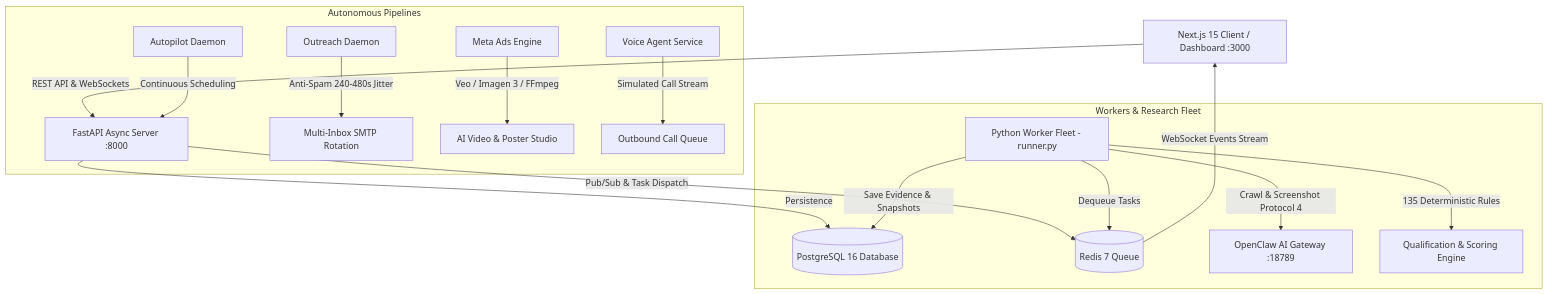
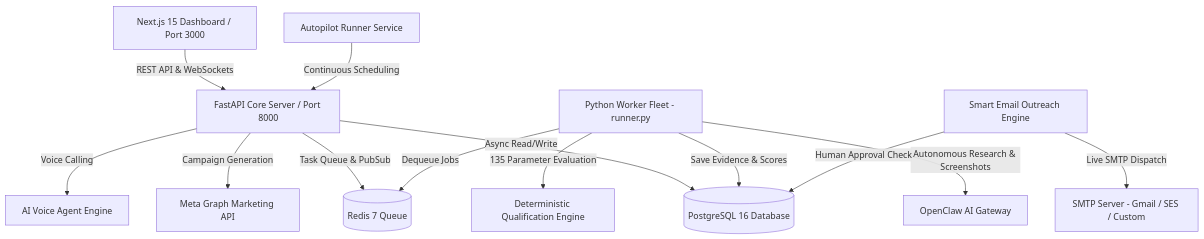
The diagram in README.md (JamilKhanEmon/multi-lead-gen), drawn with Mermaid before and after one commit. The commit also changed other lines of this file and 1 other file, not shown here.

````diff
--- a/README.md
+++ b/README.md
@@ -37,22 +32,18 @@
 ```mermaid
 graph TD
-    UI[Next.js 15 Client / Dashboard :3000] -->|REST API & WebSockets| API[FastAPI Async Server :8000]
-    API -->|Persistence| DB[(PostgreSQL 16 Database)]
-    API -->|Pub/Sub & Task Dispatch| Redis[(Redis 7 Queue)]
+    Client[Next.js 15 Dashboard / Port 3000] -->|REST API & WebSockets| API[FastAPI Core Server / Port 8000]
+    API -->|Async Read/Write| DB[(PostgreSQL 16 Database)]
+    API -->|Task Queue & PubSub| Redis[(Redis 7 Queue)]
     
-    subgraph Workers & Research Fleet
-        Worker[Python Worker Fleet - runner.py] -->|Dequeue Tasks| Redis
-        Worker -->|Crawl & Screenshot Protocol 4| OpenClaw[OpenClaw AI Gateway :18789]
-        Worker -->|135 Deterministic Rules| QualEngine[Qualification & Scoring Engine]
-        Worker -->|Save Evidence & Snapshots| DB
-    end
-
-    subgraph Autonomous Pipelines
-        Autopilot[Autopilot Daemon] -->|Continuous Scheduling| API
-        OutreachDaemon[Outreach Daemon] -->|Anti-Spam 240-480s Jitter| SMTP[Multi-Inbox SMTP Rotation]
-        MetaEngine[Meta Ads Engine] -->|Veo / Imagen 3 / FFmpeg| VideoStudio[AI Video & Poster Studio]
-        VoiceService[Voice Agent Service] -->|Simulated Call Stream| VoiceQueue[Outbound Call Queue]
-    end
-
-    Redis -->|WebSocket Events Stream| UI
+    WorkerFleet[Python Worker Fleet - runner.py] -->|Dequeue Jobs| Redis
+    WorkerFleet -->|Autonomous Research & Screenshots| OpenClaw[OpenClaw AI Gateway]
+    WorkerFleet -->|135 Parameter Evaluation| QualEngine[Deterministic Qualification Engine]
+    WorkerFleet -->|Save Evidence & Scores| DB
+    
+    Autopilot[Autopilot Runner Service] -->|Continuous Scheduling| API
+    OutreachEngine[Smart Email Outreach Engine] -->|Human Approval Check| DB
+    OutreachEngine -->|Live SMTP Dispatch| SMTP[SMTP Server - Gmail / SES / Custom]
+    
+    API -->|Campaign Generation| Meta[Meta Graph Marketing API]
+    API -->|Voice Calling| VoiceAgent[AI Voice Agent Engine]
 ```
````
